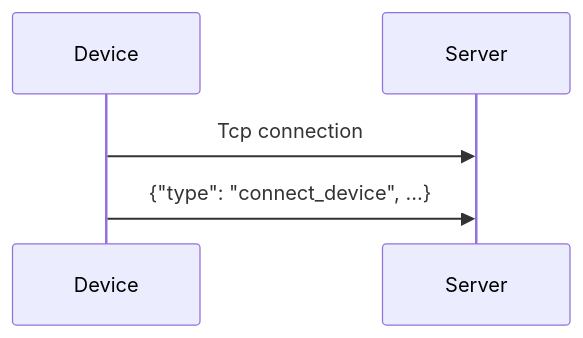
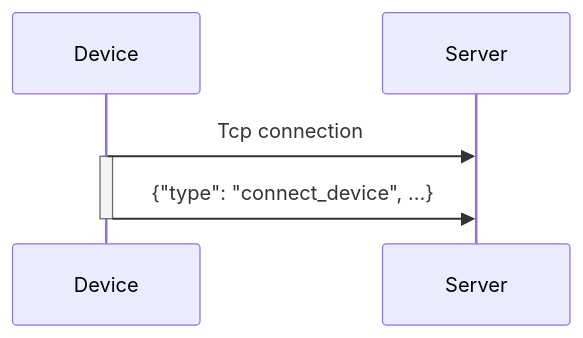
The third of 4 diagrams in docs/protocol.md (Vivax-School-Ntnu/IDATA2034-exam), drawn with Mermaid before and after one commit. The commit also changed other lines of this file, not shown here.

Commit message:
describe rest of device <-> server, for sensors

````diff
--- a/docs/protocol.md
+++ b/docs/protocol.md
@@ -82,9 +154,11 @@
 ```mermaid
 sequenceDiagram
     participant Device
     participant Server
 
     Device ->> Server : Tcp connection
+    activate Device
     Device ->> Server : {"type": "connect_device", ...}
+    deactivate Device
 
 ```
````
